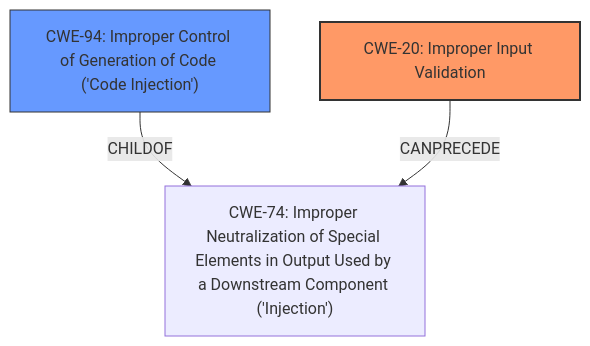
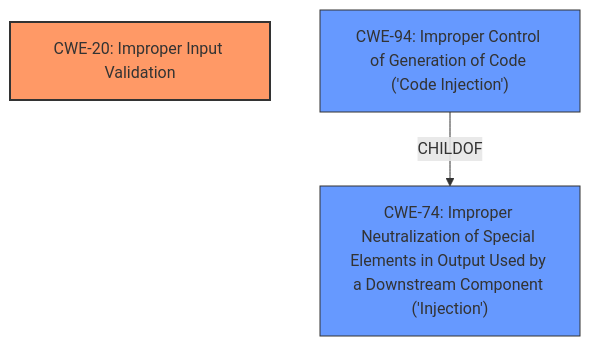
One commit to CyberSecAI/cwe_agent_assign_reports_2023 changed the diagram in CVE-2021-38647/CVE-2021-38647_analysis.md. Above: the diagram before and after it, drawn with Mermaid. The commit also changed other lines of this file and 902 other files, not shown here.

````diff
--- a/CVE-2021-38647/CVE-2021-38647_analysis.md
+++ b/CVE-2021-38647/CVE-2021-38647_analysis.md
@@ -17,15 +19,13 @@
 ```mermaid
 graph TD
     cwe20["CWE-20: Improper Input Validation"]
     cwe74["CWE-74: Improper Neutralization of Special Elements in Output Used by a Downstream Component ('Injection')"]
     cwe94["CWE-94: Improper Control of Generation of Code ('Code Injection')"]
 
     cwe94 -->|CHILDOF| cwe74
-    cwe20 -->|CANPRECEDE| cwe74
-
+    
     classDef primary fill:#f96,stroke:#333,stroke-width:2px
     classDef secondary fill:#69f,stroke:#333
-    classDef tertiary fill:#9e9,stroke:#333
     class cwe20 primary
-    class cwe94 secondary
+    class cwe74,cwe94 secondary
 ```
````
